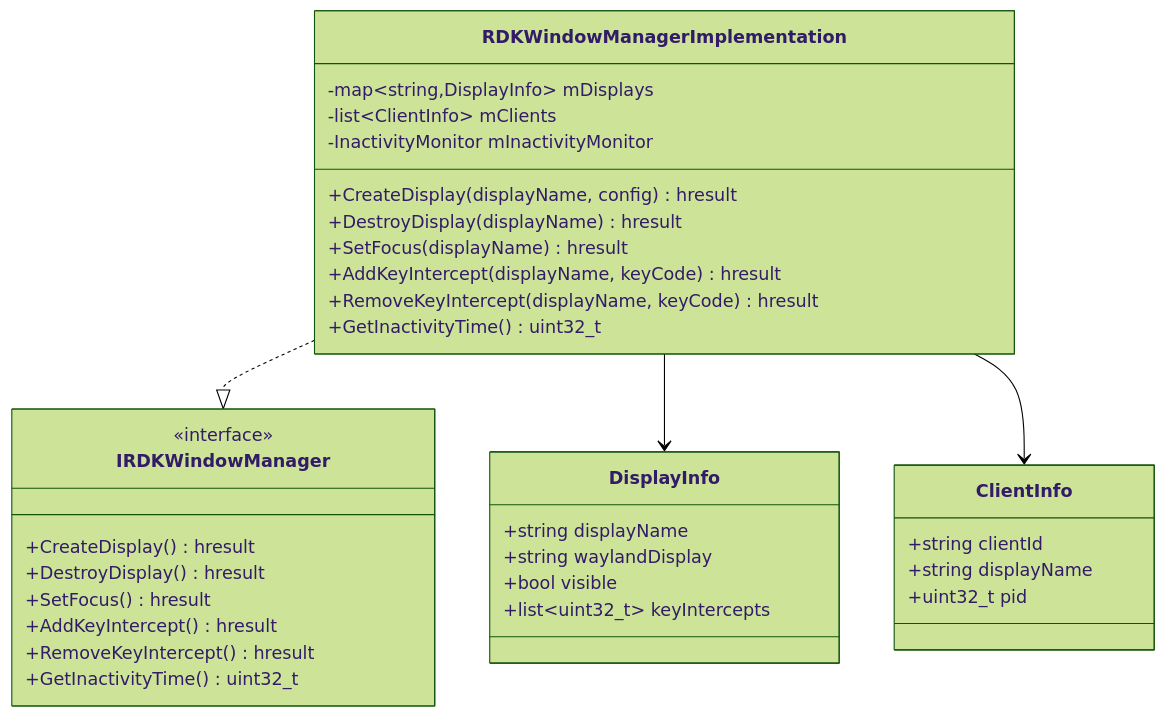
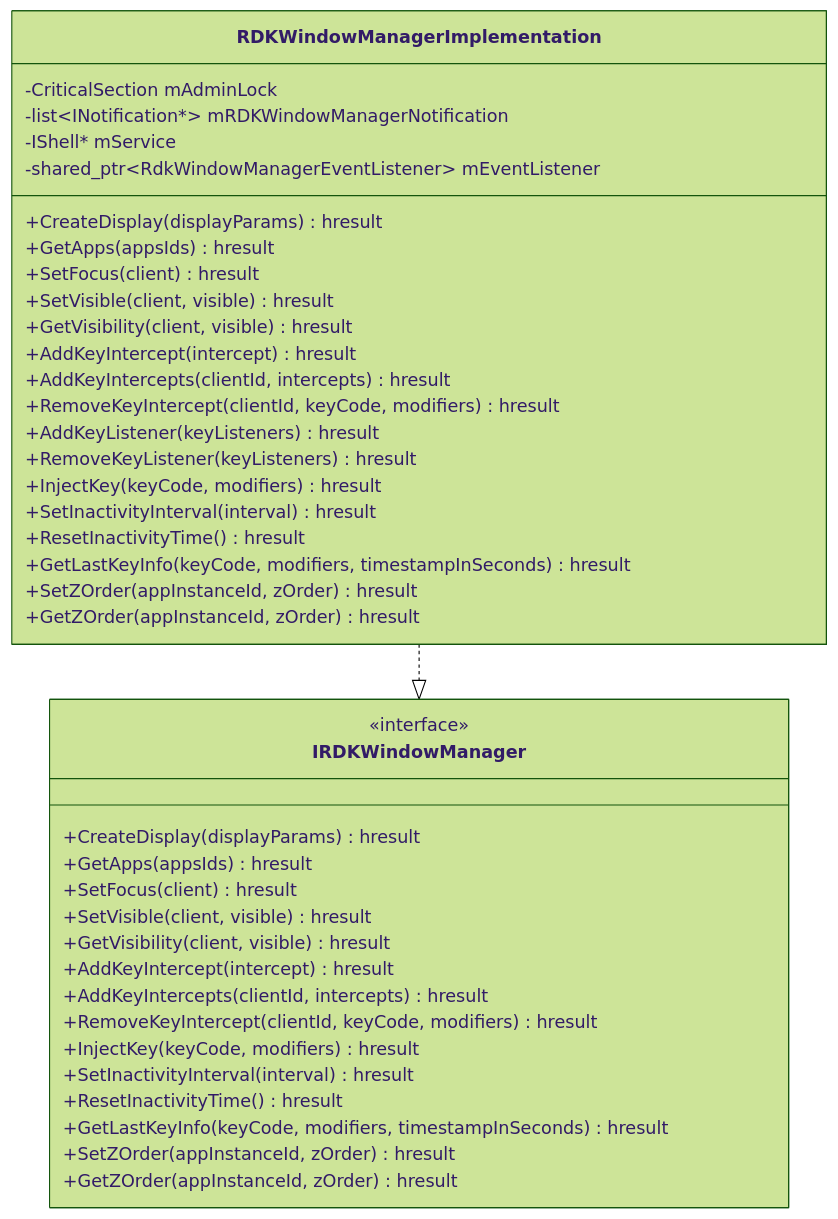
Before and after one commit to rdkcentral/entservices-appmanagers: the second of 4 diagrams in RDKWindowManager/RDKWindowManager.md, drawn with Mermaid (forest theme).

Commit message:
Fix class diagram method signatures to match actual API in RDKWindowManagerImplementation.h
Agent-Logs-Url: https://github.com/rdkcentral/entservices-appmanagers/sessions/999798eb-7d46-49ea-a21e-22d3f62b8432

````diff
--- a/RDKWindowManager/RDKWindowManager.md
+++ b/RDKWindowManager/RDKWindowManager.md
@@ -60,41 +60,45 @@
 ```mermaid
 classDiagram
     class RDKWindowManagerImplementation {
-        -map~string,DisplayInfo~ mDisplays
-        -list~ClientInfo~ mClients
-        -InactivityMonitor mInactivityMonitor
-        +CreateDisplay(displayName, config) hresult
-        +DestroyDisplay(displayName) hresult
-        +SetFocus(displayName) hresult
-        +AddKeyIntercept(displayName, keyCode) hresult
-        +RemoveKeyIntercept(displayName, keyCode) hresult
-        +GetInactivityTime() uint32_t
-    }
-
-    class DisplayInfo {
-        +string displayName
-        +string waylandDisplay
-        +bool visible
-        +list~uint32_t~ keyIntercepts
-    }
-
-    class ClientInfo {
-        +string clientId
-        +string displayName
-        +uint32_t pid
+        -CriticalSection mAdminLock
+        -list~INotification*~ mRDKWindowManagerNotification
+        -IShell* mService
+        -shared_ptr~RdkWindowManagerEventListener~ mEventListener
+        +CreateDisplay(displayParams) hresult
+        +GetApps(appsIds) hresult
+        +SetFocus(client) hresult
+        +SetVisible(client, visible) hresult
+        +GetVisibility(client, visible) hresult
+        +AddKeyIntercept(intercept) hresult
+        +AddKeyIntercepts(clientId, intercepts) hresult
+        +RemoveKeyIntercept(clientId, keyCode, modifiers) hresult
+        +AddKeyListener(keyListeners) hresult
+        +RemoveKeyListener(keyListeners) hresult
+        +InjectKey(keyCode, modifiers) hresult
+        +SetInactivityInterval(interval) hresult
+        +ResetInactivityTime() hresult
+        +GetLastKeyInfo(keyCode, modifiers, timestampInSeconds) hresult
+        +SetZOrder(appInstanceId, zOrder) hresult
+        +GetZOrder(appInstanceId, zOrder) hresult
     }
 
     class IRDKWindowManager {
         <<interface>>
-        +CreateDisplay() hresult
-        +DestroyDisplay() hresult
-        +SetFocus() hresult
-        +AddKeyIntercept() hresult
-        +RemoveKeyIntercept() hresult
-        +GetInactivityTime() uint32_t
+        +CreateDisplay(displayParams) hresult
+        +GetApps(appsIds) hresult
+        +SetFocus(client) hresult
+        +SetVisible(client, visible) hresult
+        +GetVisibility(client, visible) hresult
+        +AddKeyIntercept(intercept) hresult
+        +AddKeyIntercepts(clientId, intercepts) hresult
+        +RemoveKeyIntercept(clientId, keyCode, modifiers) hresult
+        +InjectKey(keyCode, modifiers) hresult
+        +SetInactivityInterval(interval) hresult
+        +ResetInactivityTime() hresult
+        +GetLastKeyInfo(keyCode, modifiers, timestampInSeconds) hresult
+        +SetZOrder(appInstanceId, zOrder) hresult
+        +GetZOrder(appInstanceId, zOrder) hresult
     }
 
     RDKWindowManagerImplementation ..|> IRDKWindowManager
-    RDKWindowManagerImplementation --> DisplayInfo
-    RDKWindowManagerImplementation --> ClientInfo
 ```
````
